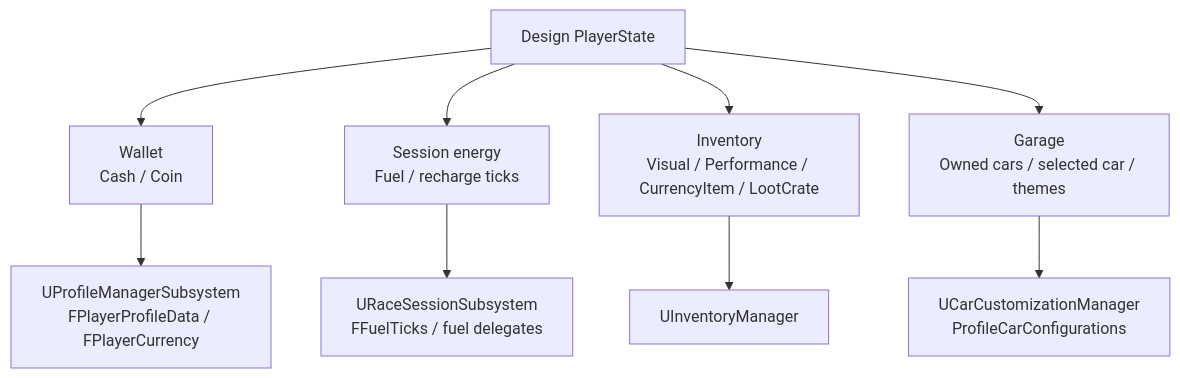
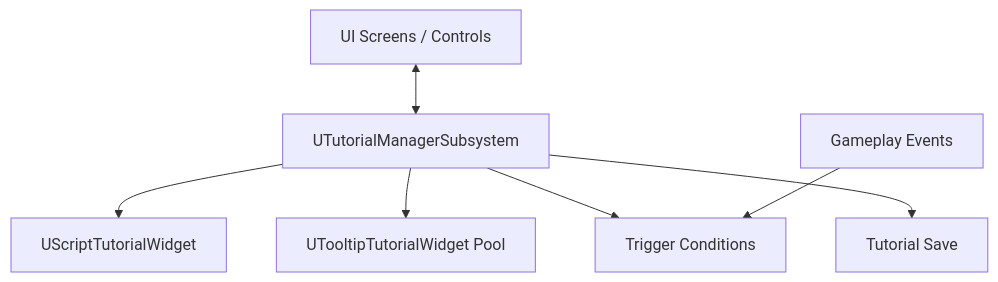
Diagram 12 of 14 in Docs/VNRacing_HLD.md (Click-Game-Studio/VNRacing), drawn with Mermaid before and after one commit. The commit also changed other lines of this file, not shown here.

````diff
--- a/Docs/VNRacing_HLD.md
+++ b/Docs/VNRacing_HLD.md
@@ -421,13 +498,9 @@
 ```mermaid
 graph TB
-    PlayerState["Design PlayerState"]
-    PlayerState --> Wallet["Wallet\nCash / Coin"]
-    PlayerState --> Fuel["Session energy\nFuel / recharge ticks"]
-    PlayerState --> Inventory["Inventory\nVisual / Performance / CurrencyItem / LootCrate"]
-    PlayerState --> Garage["Garage\nOwned cars / selected car / themes"]
-
-    Wallet --> PROFILE["UProfileManagerSubsystem\nFPlayerProfileData / FPlayerCurrency"]
-    Fuel --> SESSION["URaceSessionSubsystem\nFFuelTicks / fuel delegates"]
-    Inventory --> INV["UInventoryManager"]
-    Garage --> CUST["UCarCustomizationManager\nProfileCarConfigurations"]
+    UI["UI Screens / Controls"] <--> TUT["UTutorialManagerSubsystem"]
+    TUT --> SCRIPT["UScriptTutorialWidget"]
+    TUT --> TIP["UTooltipTutorialWidget Pool"]
+    TUT --> TRIG["Trigger Conditions"]
+    TUT --> SAVE["Tutorial Save"]
+    GAMEPLAY["Gameplay Events"] --> TRIG
 ```
````
